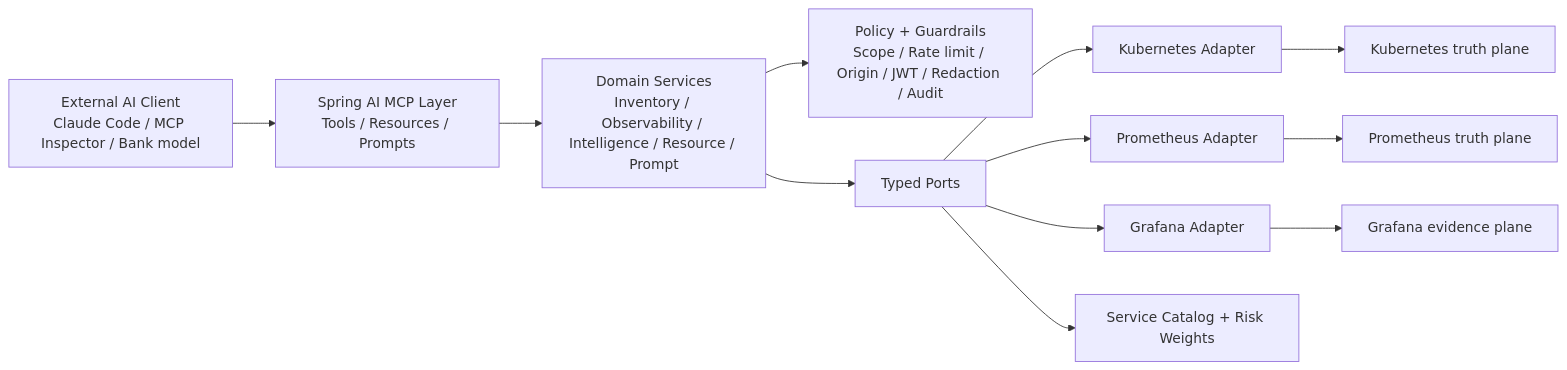
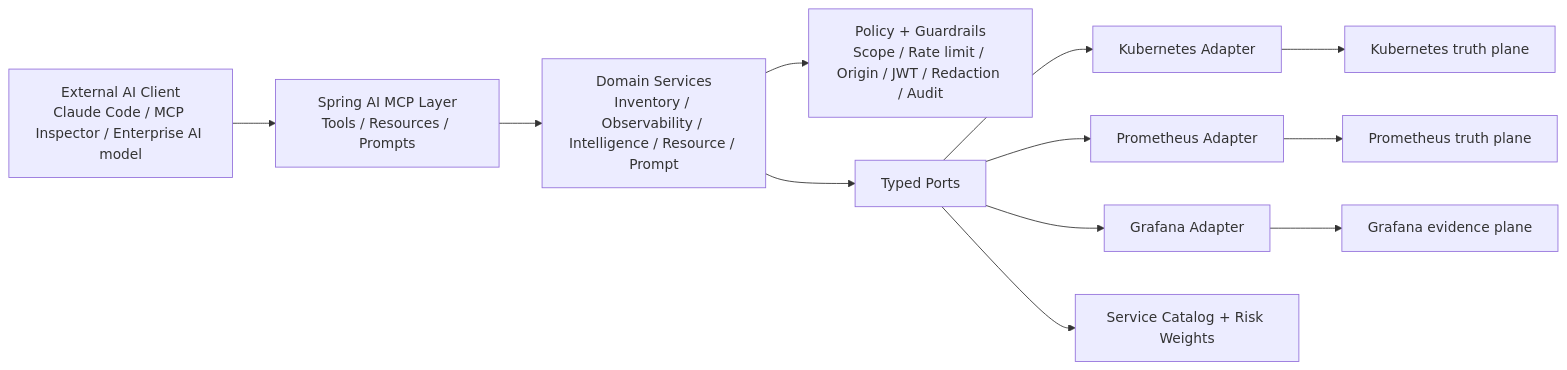
One commit to rajatyadav2505/mcp_prodops changed the diagram in README.md. Above: the diagram before and after it, drawn with Mermaid. The commit also changed other lines of this file and 242 other files, not shown here.

````diff
--- a/README.md
+++ b/README.md
@@ -28,14 +28,14 @@
 ```mermaid
 flowchart LR
-    Client["External AI Client\nClaude Code / MCP Inspector / Bank model"] --> MCP["Spring AI MCP Layer\nTools / Resources / Prompts"]
+    Client["External AI Client\nClaude Code / MCP Inspector / Enterprise AI model"] --> MCP["Spring AI MCP Layer\nTools / Resources / Prompts"]
     MCP --> Services["Domain Services\nInventory / Observability / Intelligence / Resource / Prompt"]
     Services --> Policy["Policy + Guardrails\nScope / Rate limit / Origin / JWT / Redaction / Audit"]
     Services --> Ports["Typed Ports"]
     Ports --> K8s["Kubernetes Adapter"]
     Ports --> Prom["Prometheus Adapter"]
     Ports --> Graf["Grafana Adapter"]
     Ports --> Catalog["Service Catalog + Risk Weights"]
     K8s --> Runtime["Kubernetes truth plane"]
     Prom --> Metrics["Prometheus truth plane"]
     Graf --> Evidence["Grafana evidence plane"]
 ```
````
